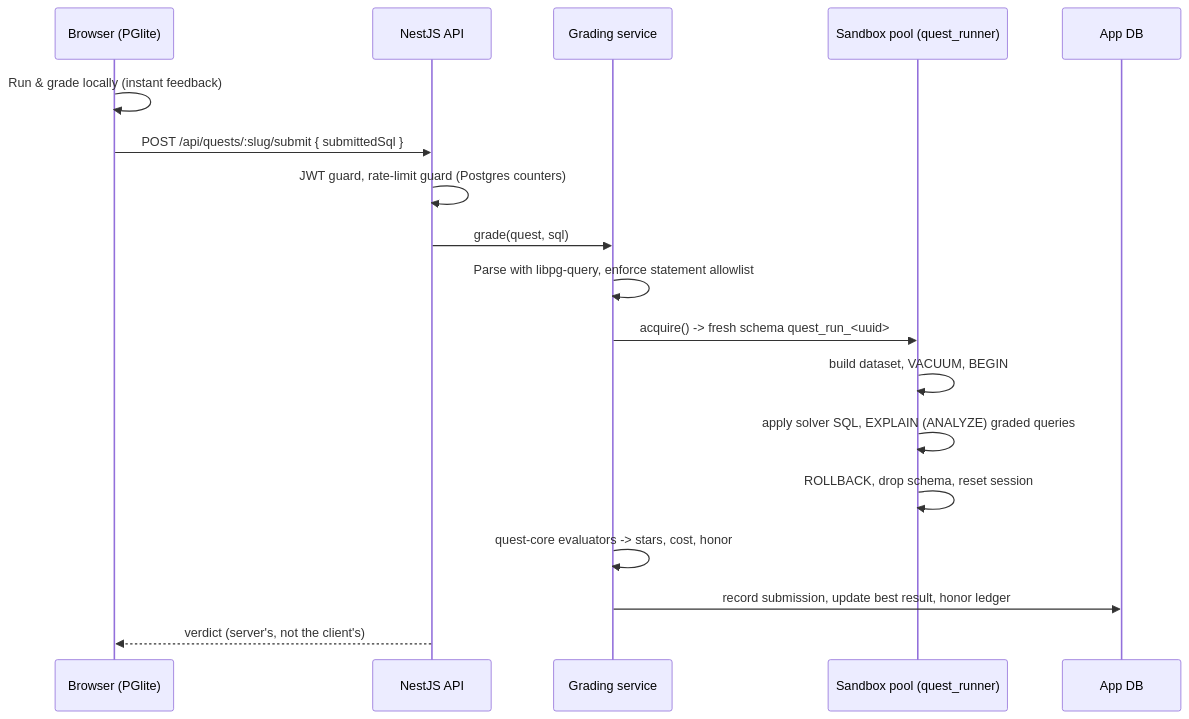
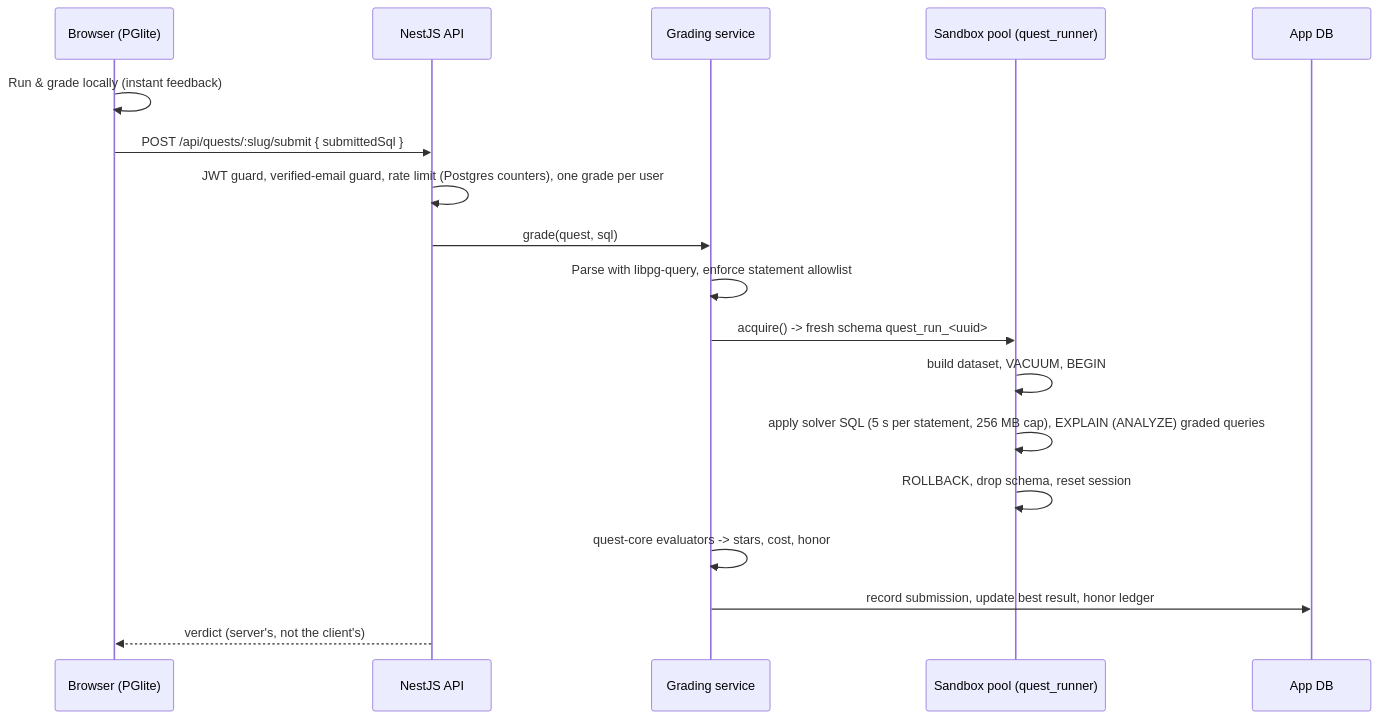
The first of 2 diagrams in docs/architecture.md (SASanchezz/dbplay-showcase), drawn with Mermaid before and after one commit. The commit also changed other lines of this file and 18 other files, not shown here.

````diff
--- a/docs/architecture.md
+++ b/docs/architecture.md
@@ -15,21 +15,21 @@
 ```mermaid
 sequenceDiagram
   participant U as Browser (PGlite)
   participant A as NestJS API
   participant G as Grading service
   participant P as Sandbox pool (quest_runner)
   participant D as App DB
 
   U->>U: Run & grade locally (instant feedback)
   U->>A: POST /api/quests/:slug/submit { submittedSql }
-  A->>A: JWT guard, rate-limit guard (Postgres counters)
+  A->>A: JWT guard, verified-email guard, rate limit (Postgres counters), one grade per user
   A->>G: grade(quest, sql)
   G->>G: Parse with libpg-query, enforce statement allowlist
   G->>P: acquire() -> fresh schema quest_run_<uuid>
   P->>P: build dataset, VACUUM, BEGIN
-  P->>P: apply solver SQL, EXPLAIN (ANALYZE) graded queries
+  P->>P: apply solver SQL (5 s per statement, 256 MB cap), EXPLAIN (ANALYZE) graded queries
   P->>P: ROLLBACK, drop schema, reset session
   G->>G: quest-core evaluators -> stars, cost, honor
   G->>D: record submission, update best result, honor ledger
   A-->>U: verdict (server's, not the client's)
 ```
````
